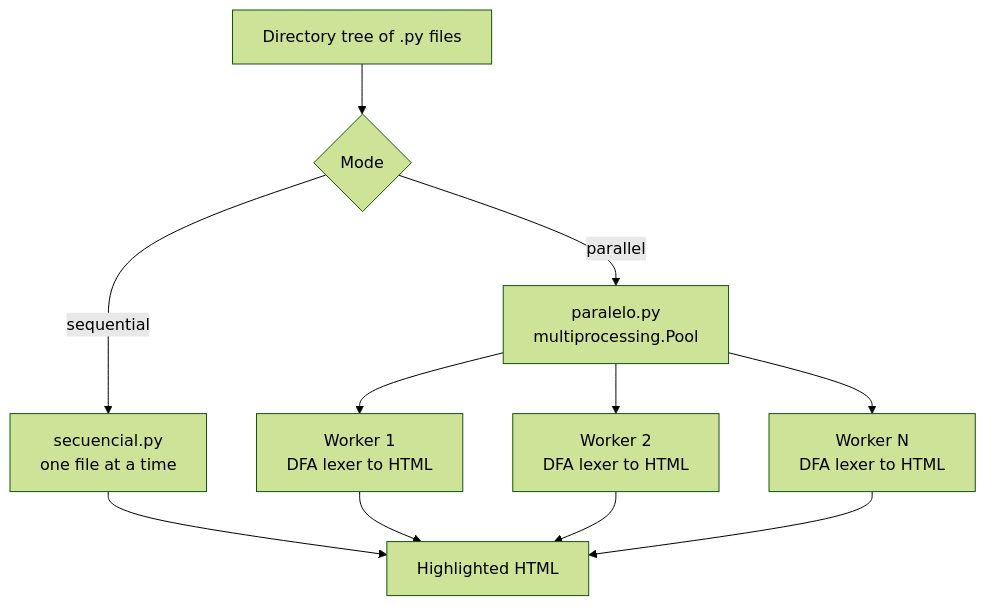
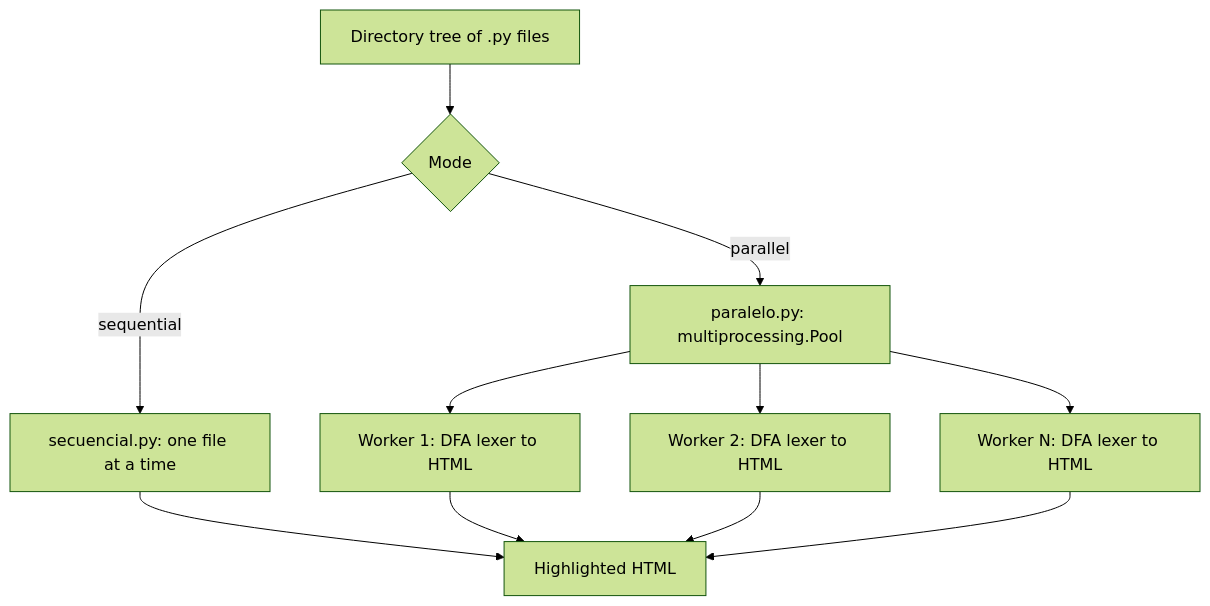
One commit to sant-mell/parallel-syntax-highlighter changed the first of 2 diagrams in README.md. Above: the diagram before and after it, drawn with Mermaid (forest theme). The commit also changed other lines of this file, not shown here.

Commit message:
Harden Mermaid diagram syntax for reliable GitHub rendering

````diff
--- a/README.md
+++ b/README.md
@@ -22,13 +22,13 @@
 ```mermaid
 flowchart TD
-    A[Directory tree of .py files] --> B{Mode}
-    B -->|sequential| C[secuencial.py<br/>one file at a time]
-    B -->|parallel| D[paralelo.py<br/>multiprocessing.Pool]
-    D --> W1[Worker 1<br/>DFA lexer to HTML]
-    D --> W2[Worker 2<br/>DFA lexer to HTML]
-    D --> W3[Worker N<br/>DFA lexer to HTML]
-    C --> H[Highlighted HTML]
+    A["Directory tree of .py files"] --> B{"Mode"}
+    B -->|sequential| C["secuencial.py: one file at a time"]
+    B -->|parallel| D["paralelo.py: multiprocessing.Pool"]
+    D --> W1["Worker 1: DFA lexer to HTML"]
+    D --> W2["Worker 2: DFA lexer to HTML"]
+    D --> W3["Worker N: DFA lexer to HTML"]
+    C --> H["Highlighted HTML"]
     W1 --> H
     W2 --> H
     W3 --> H
 ```
````
